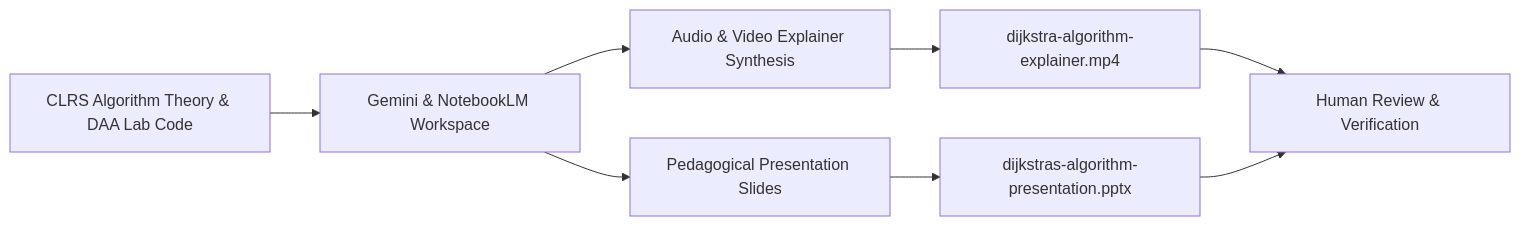
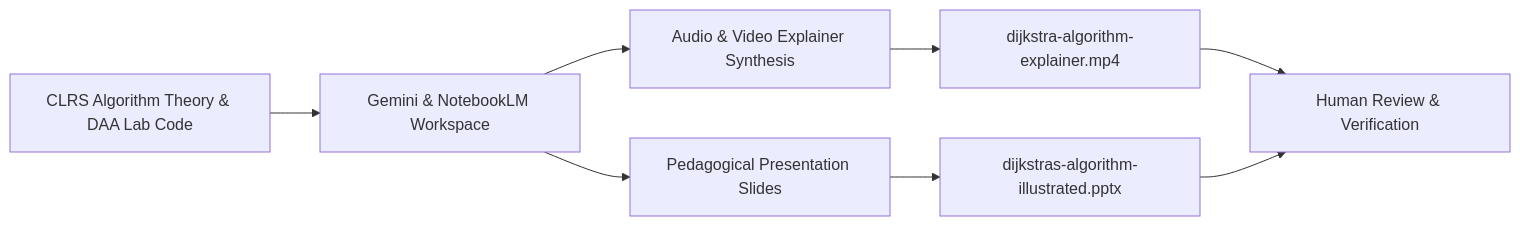
Before and after one commit to Sameerkaradbhajne/codetantra-DAA-codes: the diagram in CA-3/README.md, drawn with Mermaid. The commit also changed other lines of this file and 2 other files, not shown here.

Commit message:
Update PPT showcase: use Historical Genesis slide as preview image, link to illustrated deck

````diff
--- a/CA-3/README.md
+++ b/CA-3/README.md
@@ -48,10 +48,10 @@
 ```mermaid
 graph LR
     A[CLRS Algorithm Theory & DAA Lab Code] --> B[Gemini & NotebookLM Workspace]
     B --> C[Audio & Video Explainer Synthesis]
     B --> D[Pedagogical Presentation Slides]
     C --> E[dijkstra-algorithm-explainer.mp4]
-    D --> F[dijkstras-algorithm-presentation.pptx]
+    D --> F[dijkstras-algorithm-illustrated.pptx]
     E --> G[Human Review & Verification]
     F --> G
 ```
````
